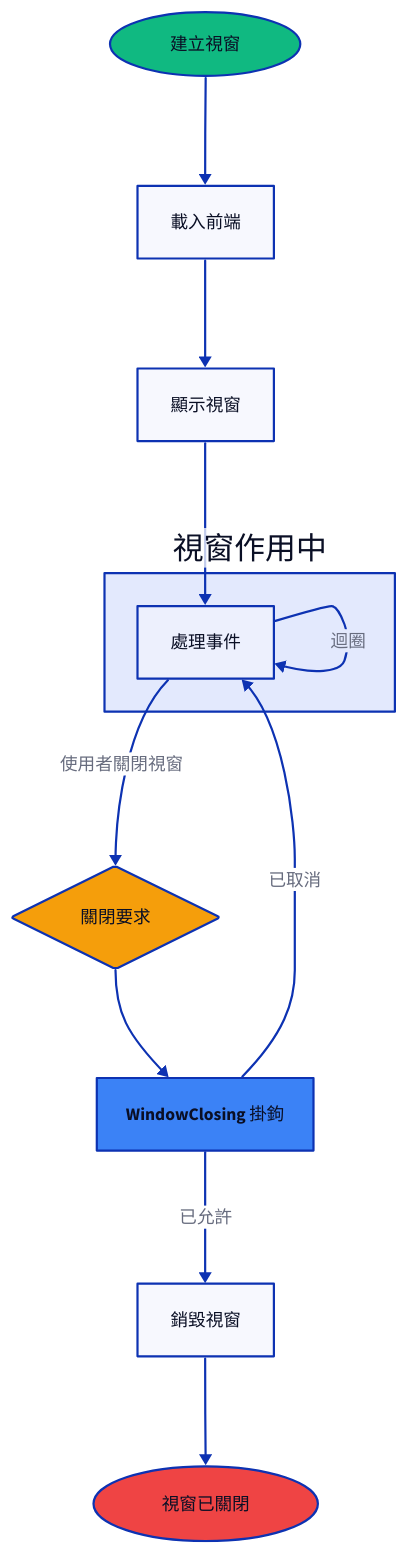
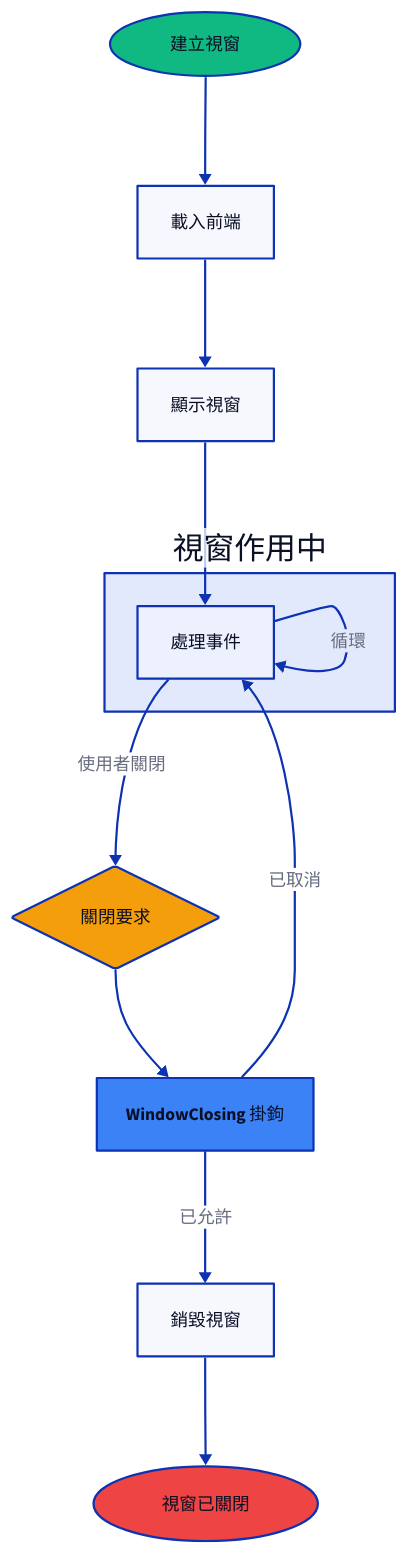
Before and after one commit to wailsapp/wails: the second of 2 diagrams in docs/mpress/content/zh-tw/concepts/lifecycle.md, drawn with D2. The commit also changed other lines of this file and 1096 other files, not shown here.

````diff
--- a/docs/mpress/content/zh-tw/concepts/lifecycle.md
+++ b/docs/mpress/content/zh-tw/concepts/lifecycle.md
@@ -451,51 +451,51 @@
 ```d2
 direction: down
 
 Create: 建立視窗 {
   shape: oval
   style.fill: "#10B981"
 }
 
 Load: 載入前端 {
   shape: rectangle
 }
 
 Show: 顯示視窗 {
   shape: rectangle
 }
 
 Active: 視窗作用中 {
   Events: 處理事件 {
     shape: rectangle
   }
 }
 
 CloseRequest: 關閉要求 {
   shape: diamond
   style.fill: "#F59E0B"
 }
 
 Hook: WindowClosing 掛鉤 {
   shape: rectangle
   style.fill: "#3B82F6"
 }
 
 Destroy: 銷毀視窗 {
   shape: rectangle
 }
 
 End: 視窗已關閉 {
   shape: oval
   style.fill: "#EF4444"
 }
 
 Create -> Load
 Load -> Show
 Show -> Active.Events
-Active.Events -> Active.Events: 迴圈
-Active.Events -> CloseRequest: 使用者關閉視窗
+Active.Events -> Active.Events: 循環
+Active.Events -> CloseRequest: 使用者關閉
 CloseRequest -> Hook
 Hook -> Active.Events: 已取消
 Hook -> Destroy: 已允許
 Destroy -> End
 ```
````
